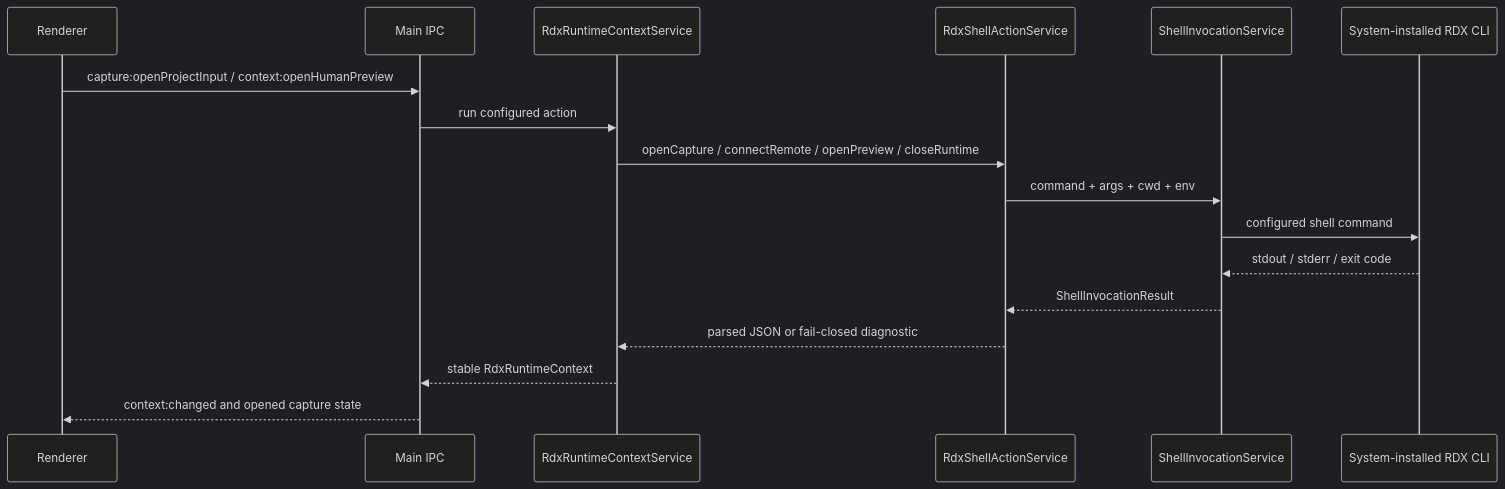
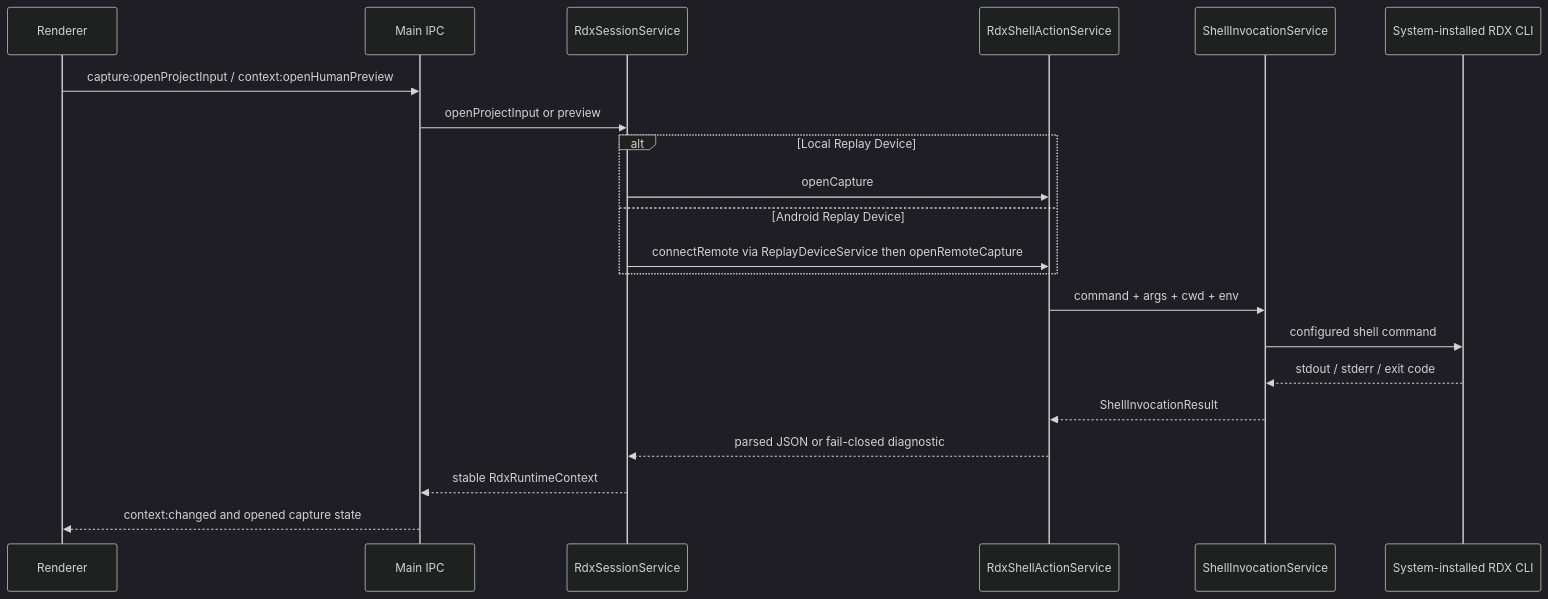
One commit to haolange/RDC-Agent changed the second of 3 diagrams in docs/architecture/data-flow.md. Above: the diagram before and after it, drawn with Mermaid (dark theme). The commit also changed other lines of this file and 20 other files, not shown here.

First line of the commit message:
fix(capture): route Open by Replay Device with product-grade diagnostics

````diff
--- a/docs/architecture/data-flow.md
+++ b/docs/architecture/data-flow.md
@@ -35,20 +35,24 @@
 ```mermaid
 sequenceDiagram
   participant UI as Renderer
   participant IPC as Main IPC
-  participant Session as RdxRuntimeContextService
+  participant Session as RdxSessionService
   participant Action as RdxShellActionService
   participant Shell as ShellInvocationService
   participant CLI as System-installed RDX CLI
 
   UI->>IPC: capture:openProjectInput / context:openHumanPreview
-  IPC->>Session: run configured action
-  Session->>Action: openCapture / connectRemote / openPreview / closeRuntime
+  IPC->>Session: openProjectInput or preview
+  alt Local Replay Device
+    Session->>Action: openCapture
+  else Android Replay Device
+    Session->>Action: connectRemote via ReplayDeviceService then openRemoteCapture
+  end
   Action->>Shell: command + args + cwd + env
   Shell->>CLI: configured shell command
   CLI-->>Shell: stdout / stderr / exit code
   Shell-->>Action: ShellInvocationResult
   Action-->>Session: parsed JSON or fail-closed diagnostic
   Session-->>IPC: stable RdxRuntimeContext
   IPC-->>UI: context:changed and opened capture state
 ```
````
